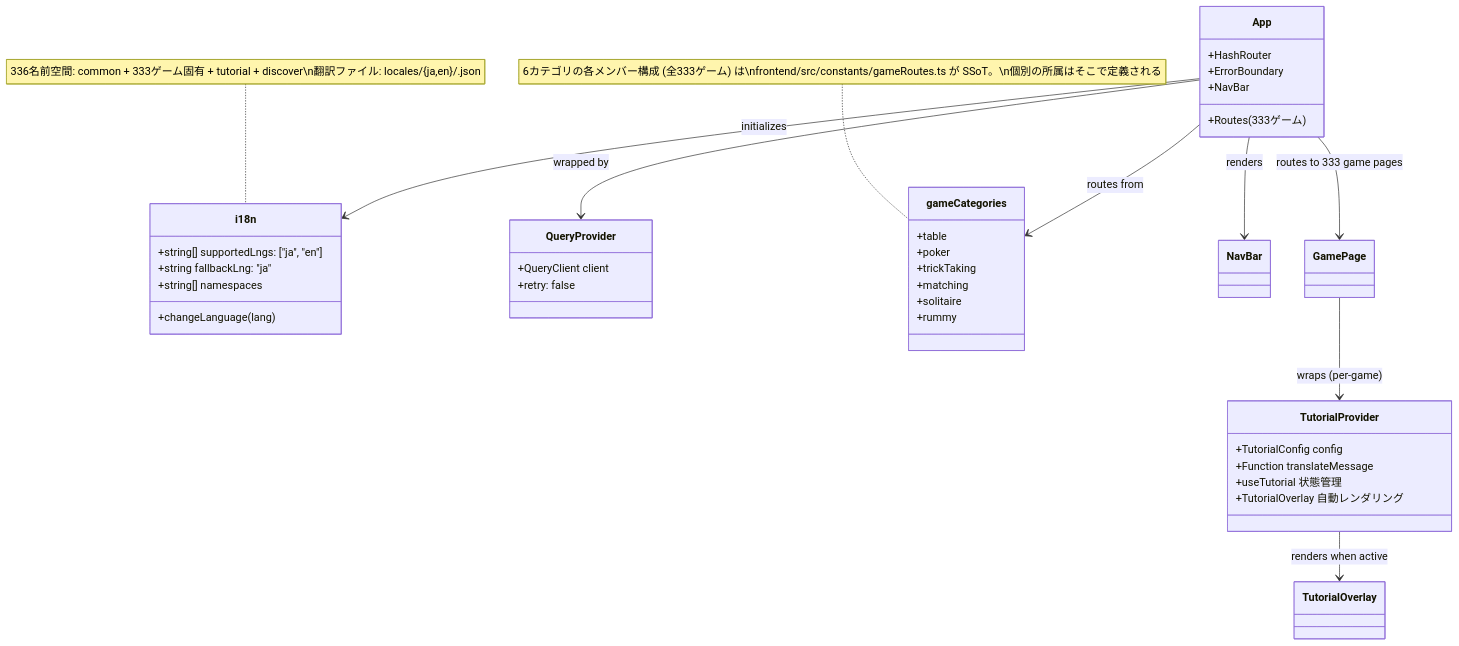
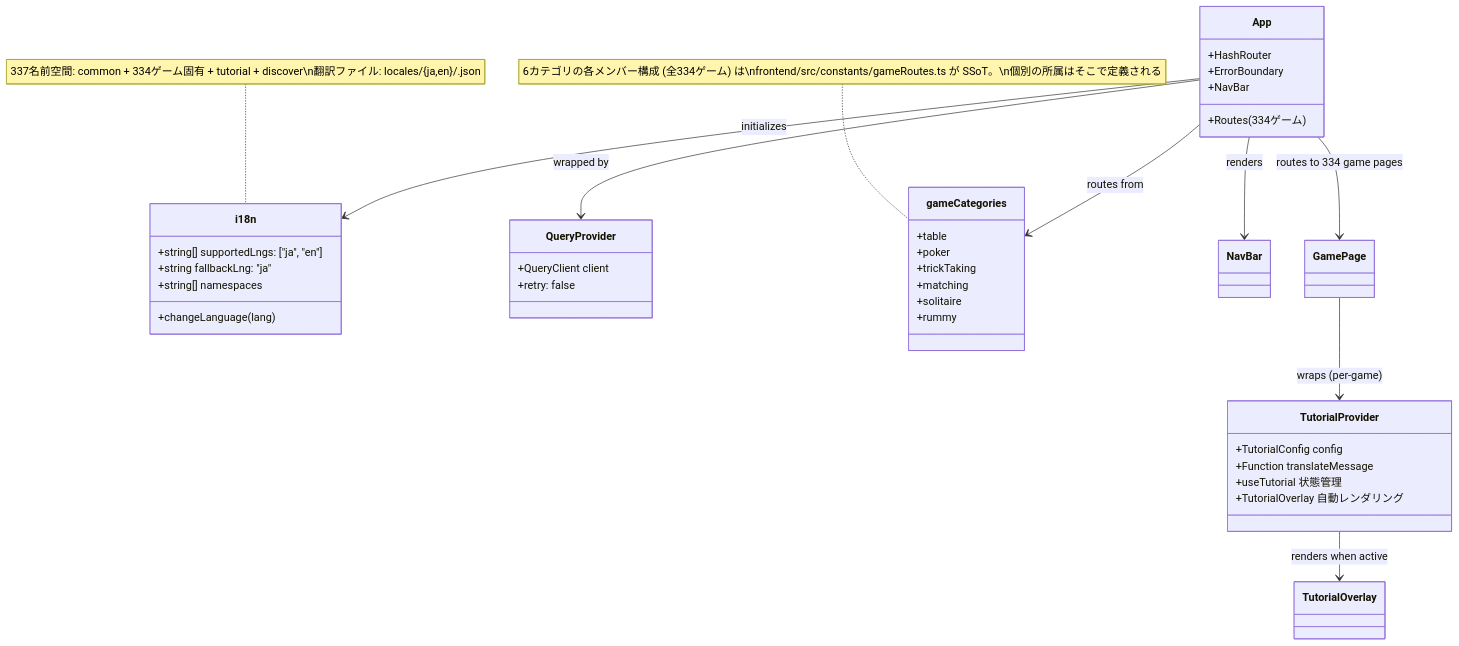
Before and after one commit to yuta-yoshinaga/go_trumpcards: the ninth of 49 diagrams in docs/design/frontend.md, drawn with Mermaid. The commit also changed other lines of this file and 60 other files, not shown here.

````diff
--- a/docs/design/frontend.md
+++ b/docs/design/frontend.md
@@ -1874,48 +1874,48 @@
 ```mermaid
 classDiagram
     class i18n {
         +string[] supportedLngs: ["ja", "en"]
         +string fallbackLng: "ja"
         +string[] namespaces
         +changeLanguage(lang)
     }
 
     class QueryProvider {
         +QueryClient client
         +retry: false
     }
 
     class App {
         +HashRouter
         +ErrorBoundary
         +NavBar
-        +Routes (333ゲーム)
+        +Routes (334ゲーム)
     }
 
     class gameCategories {
         +table
         +poker
         +trickTaking
         +matching
         +solitaire
         +rummy
     }
-    note for gameCategories "6カテゴリの各メンバー構成 (全333ゲーム) は\nfrontend/src/constants/gameRoutes.ts が SSoT。\n個別の所属はそこで定義される"
+    note for gameCategories "6カテゴリの各メンバー構成 (全334ゲーム) は\nfrontend/src/constants/gameRoutes.ts が SSoT。\n個別の所属はそこで定義される"
 
     class TutorialProvider {
         +TutorialConfig config
         +Function translateMessage
         +useTutorial 状態管理
         +TutorialOverlay 自動レンダリング
     }
 
     App --> QueryProvider : wrapped by
     App --> i18n : initializes
     App --> gameCategories : routes from
     App --> NavBar : renders
-    App --> GamePage : routes to 333 game pages
+    App --> GamePage : routes to 334 game pages
     GamePage --> TutorialProvider : wraps (per-game)
     TutorialProvider --> TutorialOverlay : renders when active
 
-    note for i18n "336名前空間: common + 333ゲーム固有 + tutorial + discover\n翻訳ファイル: locales/{ja,en}/<game>.json"
+    note for i18n "337名前空間: common + 334ゲーム固有 + tutorial + discover\n翻訳ファイル: locales/{ja,en}/<game>.json"
 ```
````
